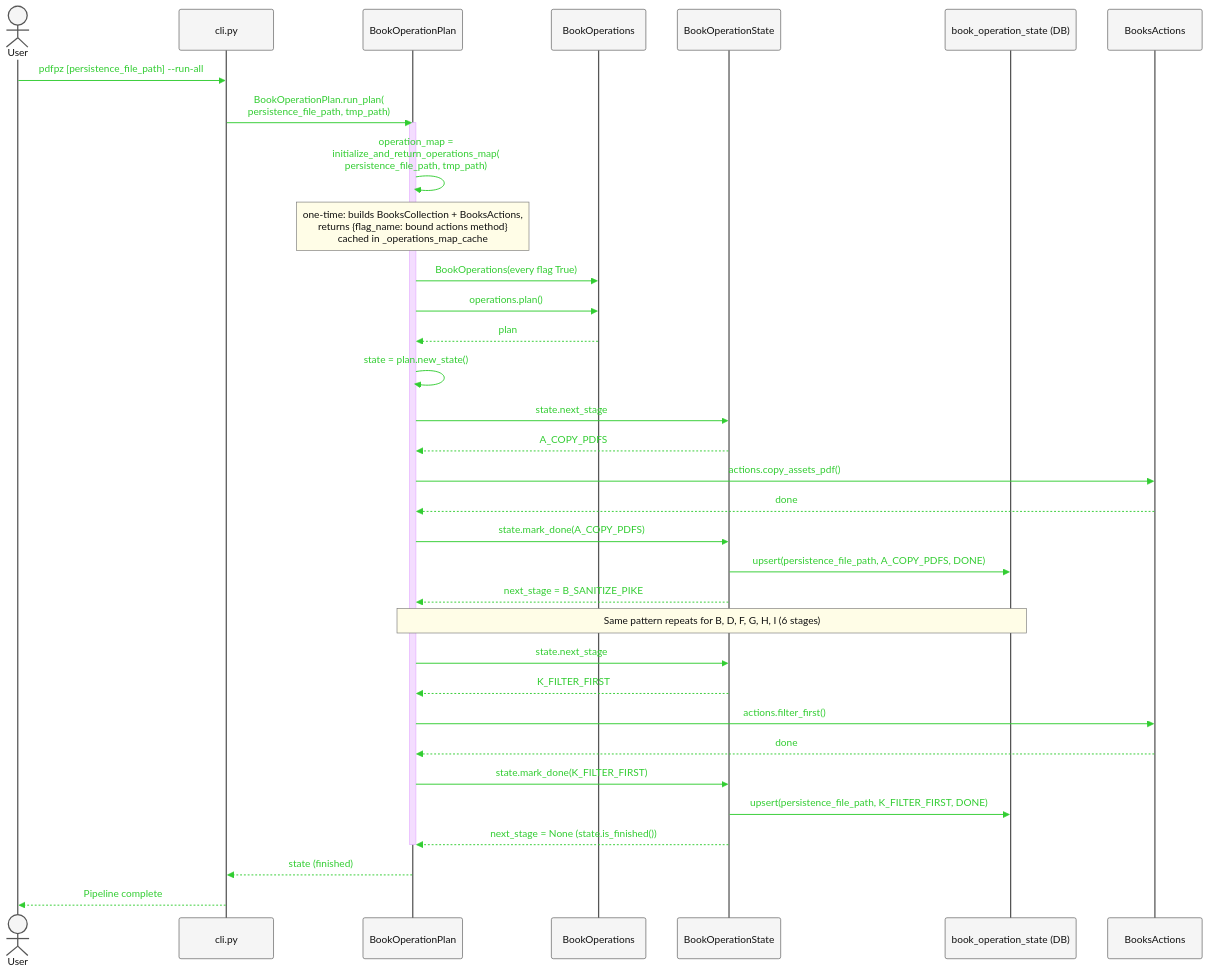
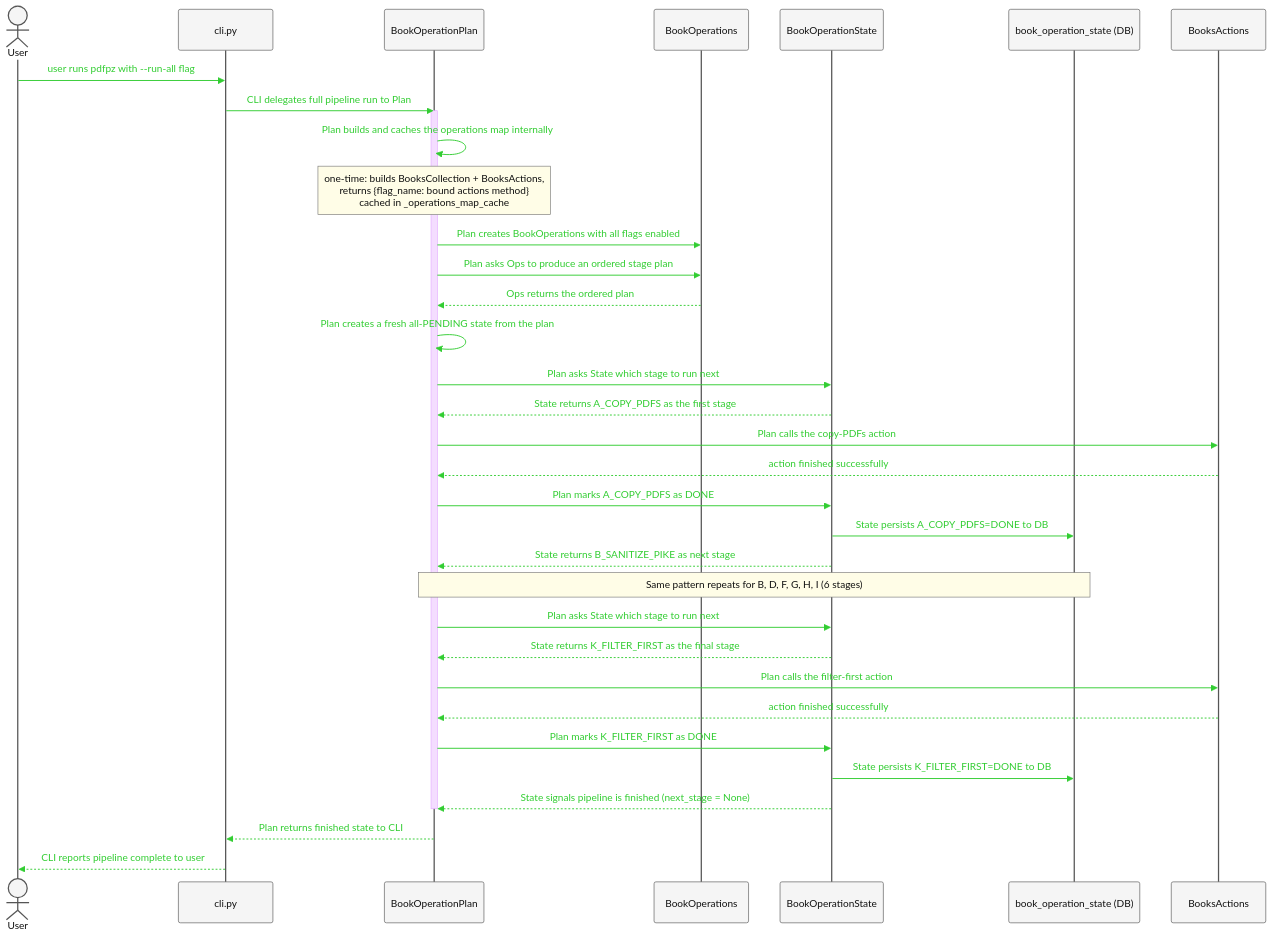
Before and after one commit to sdhube/forkpdfpz: the first of 4 diagrams in src/pdfpz/Docs/api-cli-hl.md, drawn with Mermaid. The commit also changed other lines of this file, not shown here.

Commit message:
replace sequence arrow text with plain English descriptions

````diff
--- a/src/pdfpz/Docs/api-cli-hl.md
+++ b/src/pdfpz/Docs/api-cli-hl.md
@@ -82,57 +82,57 @@
 ```mermaid
 %%{init: {
   "theme": "base",
   "themeVariables": {
     "fontSize": "48px",
     "actorFontSize": "48px",
     "messageFontSize": "44px",
     "noteFontSize": "40px",
     "actorBkg": "#f5f5f5",
     "actorBorder": "#555555",
     "actorTextColor": "#111111",
     "signalColor": "#32CD32",
     "signalTextColor": "#32CD32",
     "labelTextColor": "#32CD32",
     "noteBkgColor": "#fffde7",
     "noteBorderColor": "#777777",
     "noteTextColor": "#111111"
   },
   "themeCSS": ".messageText,.signalText,.labelText{fill:#32CD32 !important;stroke:none !important;} .messageLine0,.messageLine1{stroke:#32CD32 !important;}"
 }}%%
 sequenceDiagram
     actor User
     participant CLI as cli.py
     participant Plan as BookOperationPlan
     participant Ops as BookOperations
     participant State as BookOperationState
     participant DB as book_operation_state (DB)
     participant Actions as BooksActions
 
-    User->>CLI: pdfpz [persistence_file_path] --run-all
-    CLI->>Plan: BookOperationPlan.run_plan(<br/>persistence_file_path, tmp_path)
+    User->>CLI: user runs pdfpz with --run-all flag
+    CLI->>Plan: CLI delegates full pipeline run to Plan
     activate Plan
-    Plan->>Plan: operation_map =<br/>initialize_and_return_operations_map(<br/>persistence_file_path, tmp_path)
+    Plan->>Plan: Plan builds and caches the operations map internally
     Note over Plan: one-time: builds BooksCollection + BooksActions,<br/>returns {flag_name: bound actions method}<br/>cached in _operations_map_cache
-    Plan->>Ops: BookOperations(every flag True)
-    Plan->>Ops: operations.plan()
-    Ops-->>Plan: plan
-    Plan->>Plan: state = plan.new_state()
-    Plan->>State: state.next_stage
-    State-->>Plan: A_COPY_PDFS
-    Plan->>Actions: actions.copy_assets_pdf()
-    Actions-->>Plan: done
-    Plan->>State: state.mark_done(A_COPY_PDFS)
-    State->>DB: upsert(persistence_file_path, A_COPY_PDFS, DONE)
-    State-->>Plan: next_stage = B_SANITIZE_PIKE
+    Plan->>Ops: Plan creates BookOperations with all flags enabled
+    Plan->>Ops: Plan asks Ops to produce an ordered stage plan
+    Ops-->>Plan: Ops returns the ordered plan
+    Plan->>Plan: Plan creates a fresh all-PENDING state from the plan
+    Plan->>State: Plan asks State which stage to run next
+    State-->>Plan: State returns A_COPY_PDFS as the first stage
+    Plan->>Actions: Plan calls the copy-PDFs action
+    Actions-->>Plan: action finished successfully
+    Plan->>State: Plan marks A_COPY_PDFS as DONE
+    State->>DB: State persists A_COPY_PDFS=DONE to DB
+    State-->>Plan: State returns B_SANITIZE_PIKE as next stage
     Note over Plan,DB: Same pattern repeats for B, D, F, G, H, I (6 stages)
-    Plan->>State: state.next_stage
-    State-->>Plan: K_FILTER_FIRST
-    Plan->>Actions: actions.filter_first()
-    Actions-->>Plan: done
-    Plan->>State: state.mark_done(K_FILTER_FIRST)
-    State->>DB: upsert(persistence_file_path, K_FILTER_FIRST, DONE)
-    State-->>Plan: next_stage = None (state.is_finished())
+    Plan->>State: Plan asks State which stage to run next
+    State-->>Plan: State returns K_FILTER_FIRST as the final stage
+    Plan->>Actions: Plan calls the filter-first action
+    Actions-->>Plan: action finished successfully
+    Plan->>State: Plan marks K_FILTER_FIRST as DONE
+    State->>DB: State persists K_FILTER_FIRST=DONE to DB
+    State-->>Plan: State signals pipeline is finished (next_stage = None)
     deactivate Plan
-    Plan-->>CLI: state (finished)
-    CLI-->>User: Pipeline complete
+    Plan-->>CLI: Plan returns finished state to CLI
+    CLI-->>User: CLI reports pipeline complete to user
 ```
````
